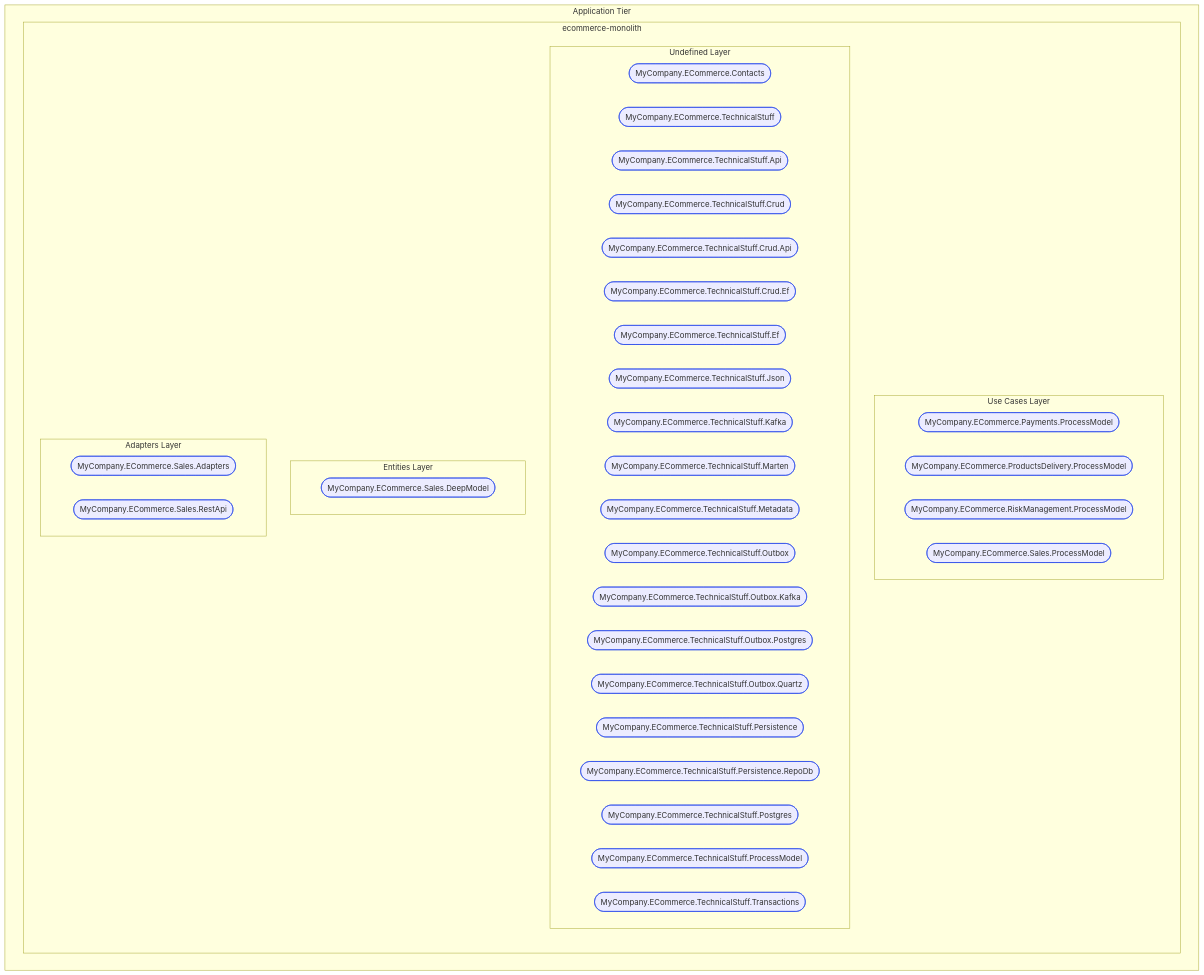
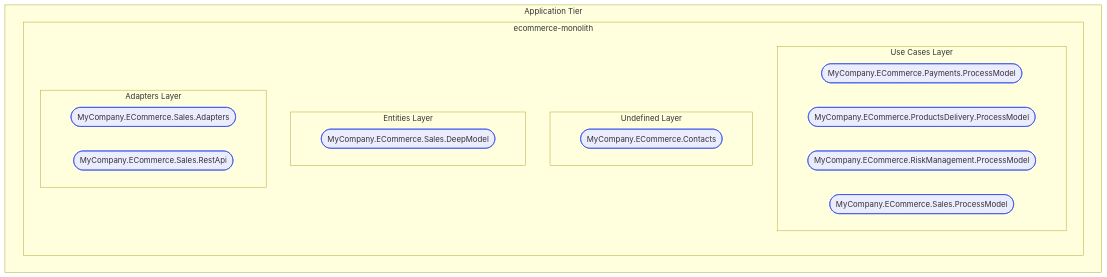
The second of 4 diagrams in Docs/P3/MermaidOutput/Technology/DeployableUnits/EcommerceMonolith.md (itlibrium/DDD-starter-dotnet), drawn with Mermaid before and after one commit. The commit also changed other lines of this file and 1 other file, not shown here.

````diff
--- a/Docs/P3/MermaidOutput/Technology/DeployableUnits/EcommerceMonolith.md
+++ b/Docs/P3/MermaidOutput/Technology/DeployableUnits/EcommerceMonolith.md
@@ -48,72 +48,34 @@
 ```mermaid
   flowchart TB
     subgraph 0["Application Tier"]
       subgraph 1["ecommerce-monolith"]
         subgraph 2["Adapters Layer"]
           3([MyCompany.ECommerce.Sales.Adapters])
           class 3 TechnologyPerspective
           4([MyCompany.ECommerce.Sales.RestApi])
           class 4 TechnologyPerspective
         end
         subgraph 5["Entities Layer"]
           6([MyCompany.ECommerce.Sales.DeepModel])
           class 6 TechnologyPerspective
         end
         subgraph 7["Undefined Layer"]
           8([MyCompany.ECommerce.Contacts])
           class 8 TechnologyPerspective
-          9([MyCompany.ECommerce.TechnicalStuff])
-          class 9 TechnologyPerspective
-          10([MyCompany.ECommerce.TechnicalStuff.Api])
+        end
+        subgraph 9["Use Cases Layer"]
+          10([MyCompany.ECommerce.Payments.ProcessModel])
           class 10 TechnologyPerspective
-          11([MyCompany.ECommerce.TechnicalStuff.Crud])
+          11([MyCompany.ECommerce.ProductsDelivery.ProcessModel])
           class 11 TechnologyPerspective
-          12([MyCompany.ECommerce.TechnicalStuff.Crud.Api])
+          12([MyCompany.ECommerce.RiskManagement.ProcessModel])
           class 12 TechnologyPerspective
-          13([MyCompany.ECommerce.TechnicalStuff.Crud.Ef])
+          13([MyCompany.ECommerce.Sales.ProcessModel])
           class 13 TechnologyPerspective
-          14([MyCompany.ECommerce.TechnicalStuff.Ef])
-          class 14 TechnologyPerspective
-          15([MyCompany.ECommerce.TechnicalStuff.Json])
-          class 15 TechnologyPerspective
-          16([MyCompany.ECommerce.TechnicalStuff.Kafka])
-          class 16 TechnologyPerspective
-          17([MyCompany.ECommerce.TechnicalStuff.Marten])
-          class 17 TechnologyPerspective
-          18([MyCompany.ECommerce.TechnicalStuff.Metadata])
-          class 18 TechnologyPerspective
-          19([MyCompany.ECommerce.TechnicalStuff.Outbox])
-          class 19 TechnologyPerspective
-          20([MyCompany.ECommerce.TechnicalStuff.Outbox.Kafka])
-          class 20 TechnologyPerspective
-          21([MyCompany.ECommerce.TechnicalStuff.Outbox.Postgres])
-          class 21 TechnologyPerspective
-          22([MyCompany.ECommerce.TechnicalStuff.Outbox.Quartz])
-          class 22 TechnologyPerspective
-          23([MyCompany.ECommerce.TechnicalStuff.Persistence])
-          class 23 TechnologyPerspective
-          24([MyCompany.ECommerce.TechnicalStuff.Persistence.RepoDb])
-          class 24 TechnologyPerspective
-          25([MyCompany.ECommerce.TechnicalStuff.Postgres])
-          class 25 TechnologyPerspective
-          26([MyCompany.ECommerce.TechnicalStuff.ProcessModel])
-          class 26 TechnologyPerspective
-          27([MyCompany.ECommerce.TechnicalStuff.Transactions])
-          class 27 TechnologyPerspective
-        end
-        subgraph 28["Use Cases Layer"]
-          29([MyCompany.ECommerce.Payments.ProcessModel])
-          class 29 TechnologyPerspective
-          30([MyCompany.ECommerce.ProductsDelivery.ProcessModel])
-          class 30 TechnologyPerspective
-          31([MyCompany.ECommerce.RiskManagement.ProcessModel])
-          class 31 TechnologyPerspective
-          32([MyCompany.ECommerce.Sales.ProcessModel])
-          class 32 TechnologyPerspective
         end
       end
     end
     classDef DomainPerspective stroke:#009900
     classDef TechnologyPerspective stroke:#1F41EB
     classDef PeoplePerspective stroke:#FFF014
 ```
````
